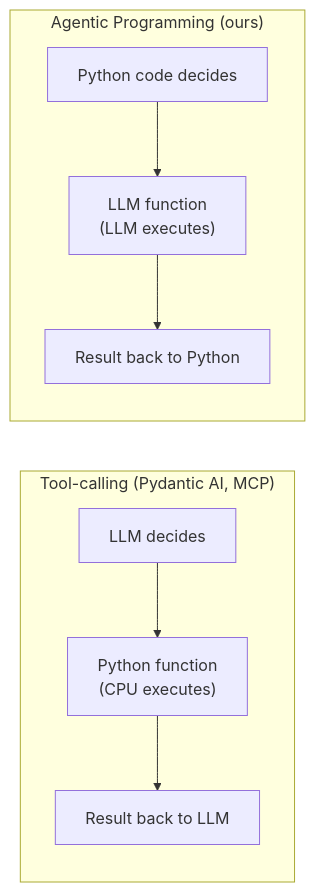
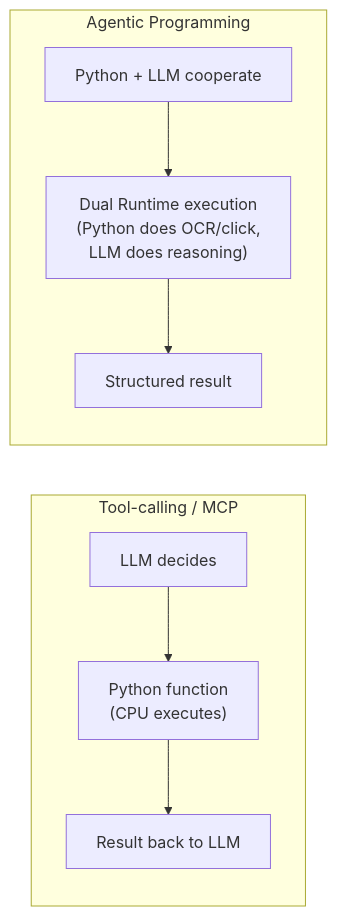
Before and after one commit to Fzkuji/OpenProgram: the tenth of 10 diagrams in docs/DESIGN.md, drawn with Mermaid. The commit also changed other lines of this file and 1 other file, not shown here.

First line of the commit message:
v3: Rewrite README + DESIGN.md — Meta Agentic Function, no Programmer role

````diff
--- a/docs/DESIGN.md
+++ b/docs/DESIGN.md
@@ -386,12 +462,12 @@
 ```mermaid
 graph LR
-    subgraph TC["Tool-calling (Pydantic AI, MCP)"]
+    subgraph TC["Tool-calling / MCP"]
         direction TB
         LLM1["LLM decides"] --> Py["Python function<br/>(CPU executes)"] --> LLM2["Result back to LLM"]
     end
 
-    subgraph AP["Agentic Programming (ours)"]
+    subgraph AP["Agentic Programming"]
         direction TB
-        Py2["Python code decides"] --> LLM3["LLM function<br/>(LLM executes)"] --> Py3["Result back to Python"]
+        Py2["Python + LLM cooperate"] --> Both["Dual Runtime execution<br/>(Python does OCR/click,<br/>LLM does reasoning)"] --> Py3["Structured result"]
     end
 ```
````
